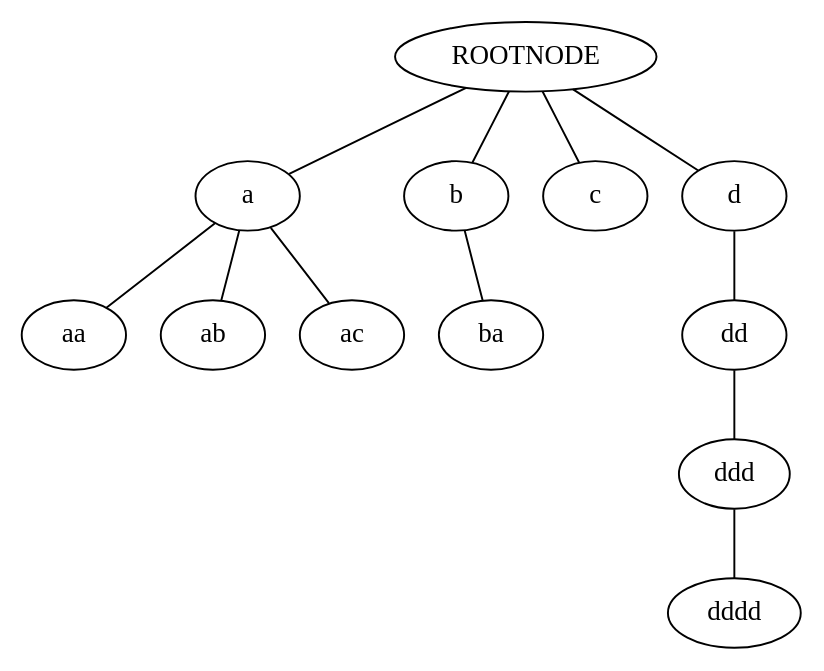
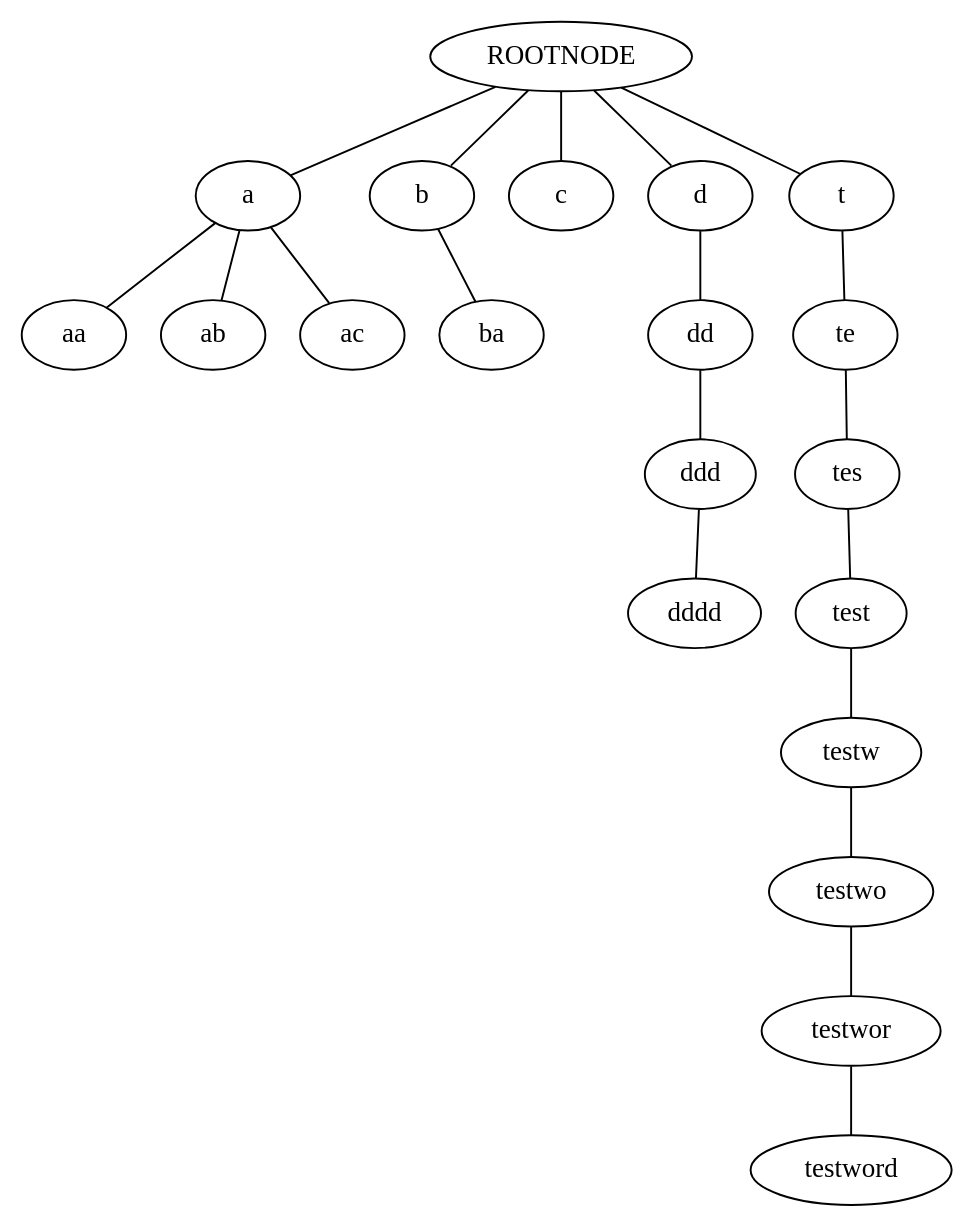
One commit to MMartisiusCS/CSC212-Trie-Group17 changed the diagram in Source/graph.gv. Above: the diagram before and after it, drawn with Graphviz. The commit also changed 1 other file, not shown here.

```diff
--- a/Source/graph.gv
+++ b/Source/graph.gv
@@ -1,13 +1,21 @@
 graph TrieTreeGraph {
 ROOTNODE -- a
 ROOTNODE -- b
 ROOTNODE -- c
 ROOTNODE -- d
+ROOTNODE -- t
 a -- aa
 a -- ab
 a -- ac
 b -- ba
 d -- dd
 dd -- ddd
 ddd -- dddd
+t -- te
+te -- tes
+tes -- test
+test -- testw
+testw -- testwo
+testwo -- testwor
+testwor -- testword
 }
```
